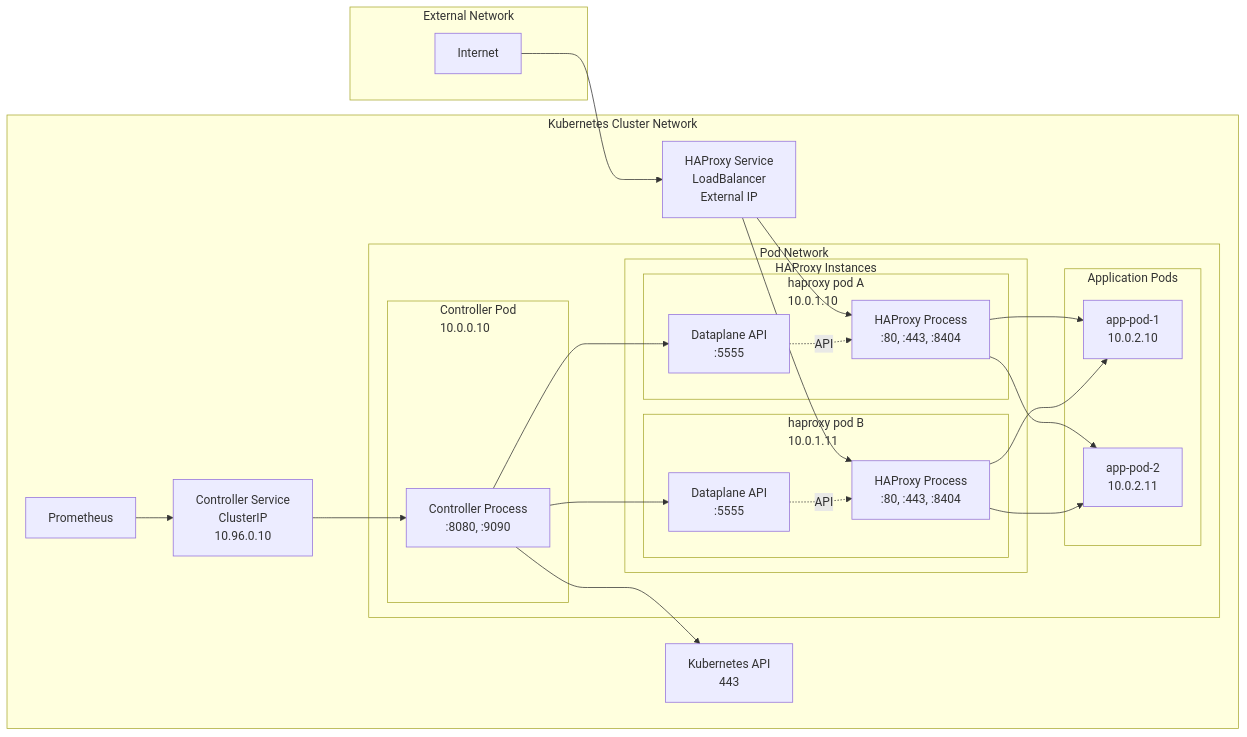
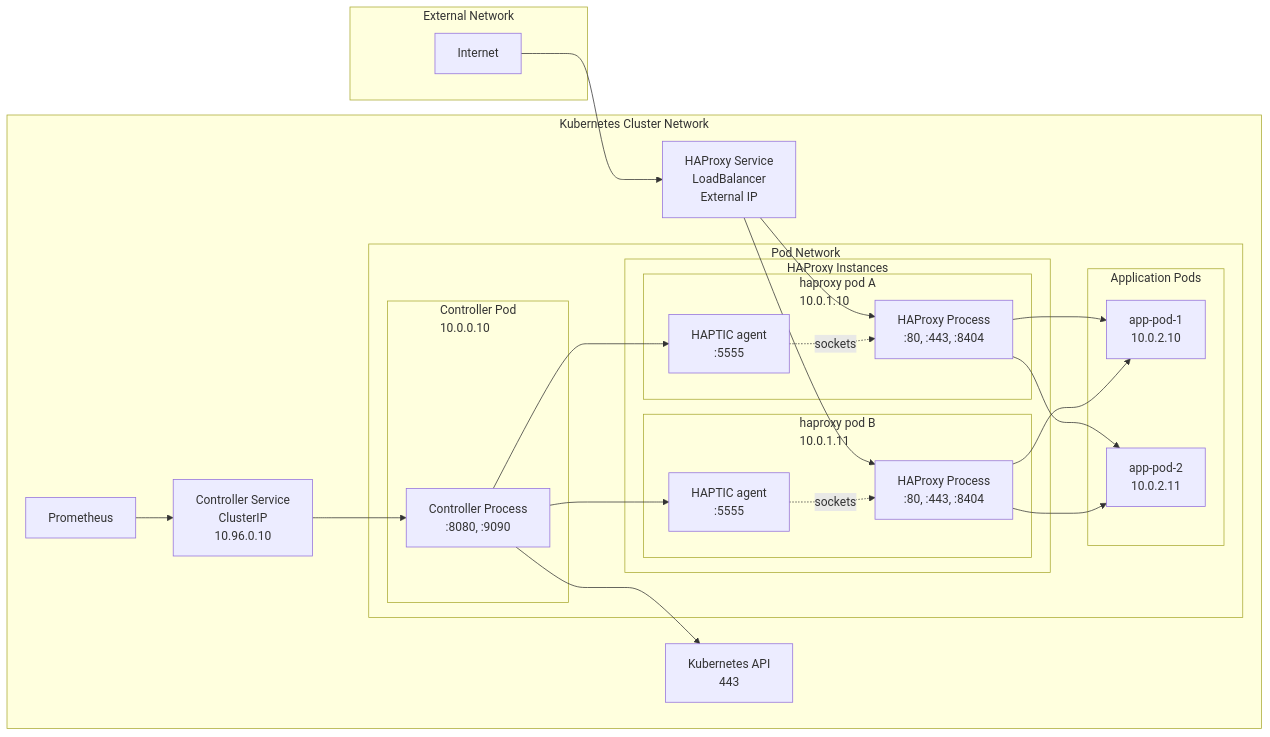
One commit to HAProxy-Template-IC/haproxy-template-ingress-controller changed the third of 3 diagrams in docs/site/docs/development/design/deployment.md. Above: the diagram before and after it, drawn with Mermaid. The commit also changed other lines of this file and 285 other files, not shown here.

Commit message:
Cut the controller and the chart over to the HAPTIC agent (MR 0.3a)

````diff
--- a/docs/site/docs/development/design/deployment.md
+++ b/docs/site/docs/development/design/deployment.md
@@ -118,57 +118,57 @@
 ```mermaid
 graph LR
     subgraph "External Network"
         INET[Internet]
     end
 
     subgraph "Kubernetes Cluster Network"
         HAP_LB[HAProxy Service<br/>LoadBalancer<br/>External IP]
         CTRL_SVC_NET[Controller Service<br/>ClusterIP<br/>10.96.0.10]
 
         subgraph "Pod Network"
             subgraph "Controller Pod<br/>10.0.0.10"
                 CTRL[Controller Process<br/>:8080, :9090]
             end
 
             subgraph "HAProxy Instances"
                 subgraph "haproxy pod A<br/>10.0.1.10"
                     HAP1[HAProxy Process<br/>:80, :443, :8404]
-                    DP1[Dataplane API<br/>:5555]
+                    AG1[HAPTIC agent<br/>:5555]
                 end
 
                 subgraph "haproxy pod B<br/>10.0.1.11"
                     HAP2[HAProxy Process<br/>:80, :443, :8404]
-                    DP2[Dataplane API<br/>:5555]
+                    AG2[HAPTIC agent<br/>:5555]
                 end
             end
 
             subgraph "Application Pods"
                 APP1[app-pod-1<br/>10.0.2.10]
                 APP2[app-pod-2<br/>10.0.2.11]
             end
         end
 
         KUBE_API[Kubernetes API<br/>443]
         PROM_NET[Prometheus]
     end
 
     INET --> HAP_LB
     HAP_LB --> HAP1
     HAP_LB --> HAP2
 
     CTRL_SVC_NET --> CTRL
     PROM_NET --> CTRL_SVC_NET
 
     CTRL --> KUBE_API
-    CTRL --> DP1
-    CTRL --> DP2
+    CTRL --> AG1
+    CTRL --> AG2
 
     HAP1 --> APP1
     HAP1 --> APP2
     HAP2 --> APP1
     HAP2 --> APP2
 
-    DP1 -.API.-> HAP1
-    DP2 -.API.-> HAP2
+    AG1 -.sockets.-> HAP1
+    AG2 -.sockets.-> HAP2
 
 ```
````
